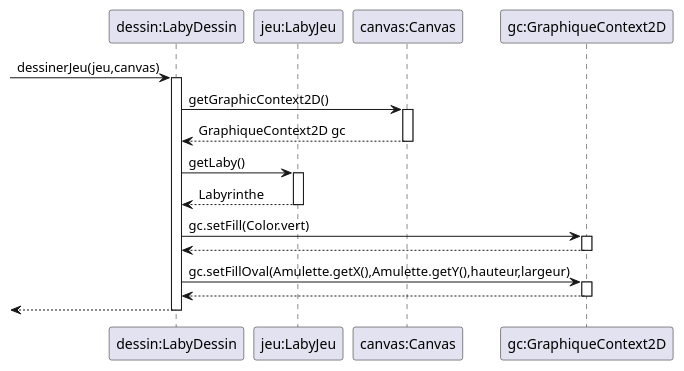
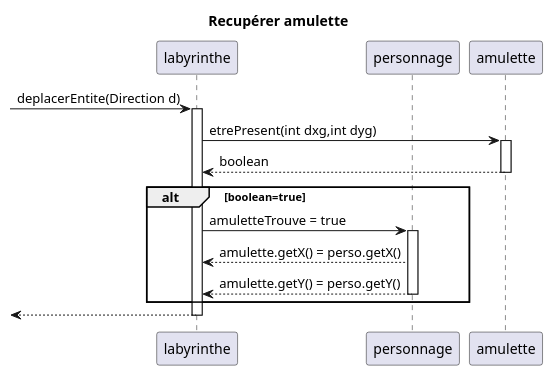
The diagram in zeldiablo/documents/version_3/DiagrammeSequenceMiseEnPlaceAmulette.puml (Jean-BaptisteEvan/2022_Zeldiablo_jeandidi3u_hary16u_jeanbap14u_dirand13u), drawn with PlantUML before and after one commit. The commit also changed 2 other files, not shown here.

Commit message:
ajout diagramme

```diff
--- a/zeldiablo/documents/version_3/DiagrammeSequenceMiseEnPlaceAmulette.puml
+++ b/zeldiablo/documents/version_3/DiagrammeSequenceMiseEnPlaceAmulette.puml
@@ -1,37 +1,26 @@
 @startuml
-participant "dessin:LabyDessin" as dessin
+title:"Recupérer amulette"
 
-participant "jeu:LabyJeu" as jeu
-
-participant "canvas:Canvas" as canvas
-
-participant "gc:GraphiqueContext2D" as gc
-
-->dessin : dessinerJeu(jeu,canvas)
-activate dessin
-
-dessin->canvas : getGraphicContext2D()
-activate canvas
-canvas-->dessin :GraphiqueContext2D gc
-    deactivate canvas
-
-dessin->jeu :getLaby()
-activate jeu
-dessin <-- jeu: Labyrinthe
-deactivate jeu
-
-gc<-dessin : gc.setFill(Color.vert)
-activate gc
-gc-->dessin
-deactivate gc
-gc<-dessin :gc.setFillOval(Amulette.getX(),Amulette.getY(),hauteur,largeur)
-activate gc
-
-gc-->dessin
-deactivate gc
+participant labyrinthe
+participant personnage
+participant amulette
 
 
+->labyrinthe:deplacerEntite(Direction d)
+activate labyrinthe
 
-<--dessin
-    deactivate dessin
+labyrinthe->amulette:etrePresent(int dxg,int dyg)
+
+activate amulette
+labyrinthe<--amulette:boolean
+deactivate amulette
+alt boolean=true
+labyrinthe->personnage:amuletteTrouve = true
+activate personnage
+labyrinthe<--personnage:amulette.getX() = perso.getX()
+labyrinthe<--personnage:amulette.getY() = perso.getY()
+deactivate personnage
+end
+<--labyrinthe
+deactivate labyrinthe
 @enduml
```
